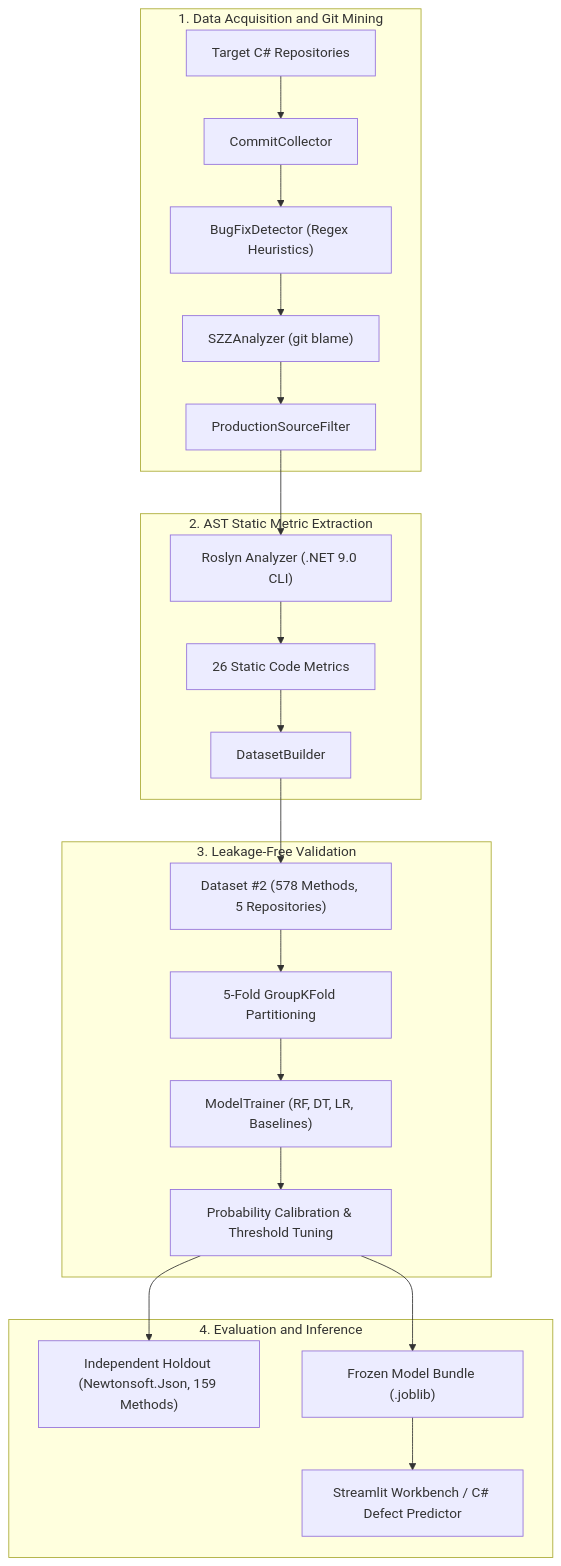
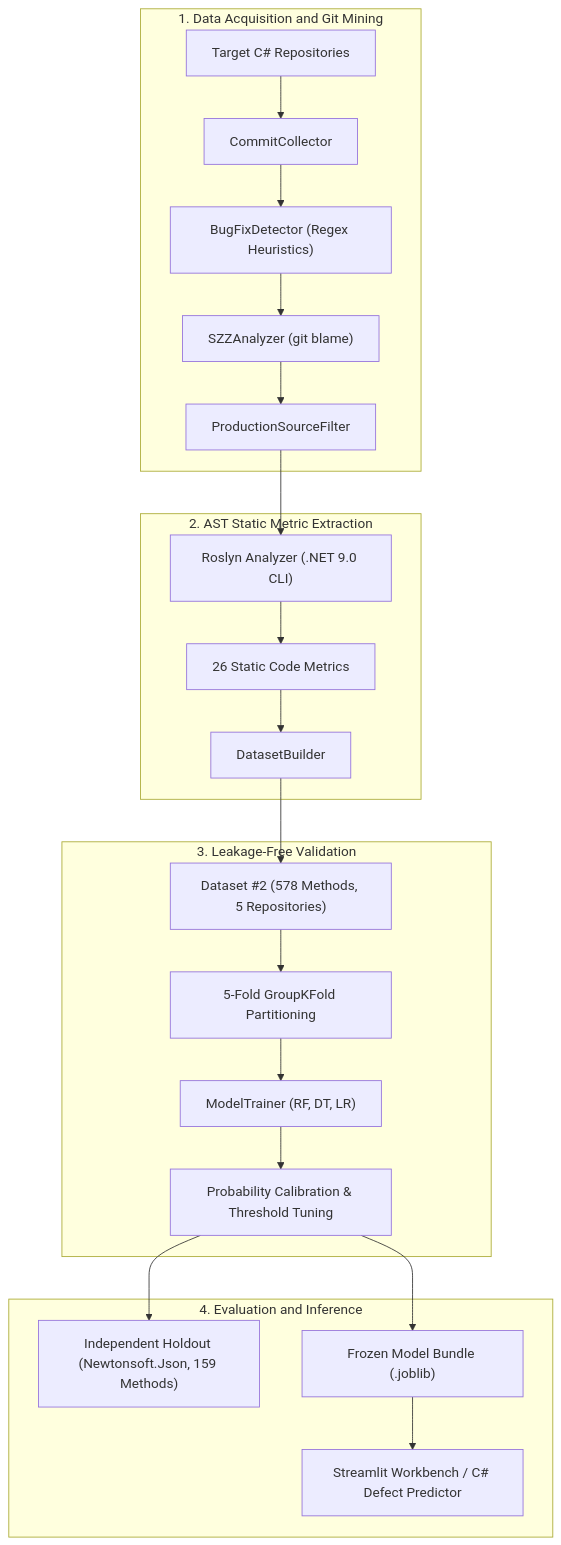
One commit to BogdanCTU/Applied-Computational-Intelligence-UBB changed the diagram in Year2_Semester1_ComputationalIntelligenceSoftwareEngineering/CISE_Project2/README.md. Above: the diagram before and after it, drawn with Mermaid. The commit also changed other lines of this file and 37 other files, not shown here.

````diff
--- a/Year2_Semester1_ComputationalIntelligenceSoftwareEngineering/CISE_Project2/README.md
+++ b/Year2_Semester1_ComputationalIntelligenceSoftwareEngineering/CISE_Project2/README.md
@@ -126,28 +126,28 @@
 ```mermaid
 flowchart TD
     subgraph S1["1. Data Acquisition and Git Mining"]
         A["Target C# Repositories"] --> B["CommitCollector"]
         B --> C["BugFixDetector (Regex Heuristics)"]
         C --> D["SZZAnalyzer (git blame)"]
         D --> E["ProductionSourceFilter"]
     end
 
     subgraph S2["2. AST Static Metric Extraction"]
         E --> F["Roslyn Analyzer (.NET 9.0 CLI)"]
         F --> G["26 Static Code Metrics"]
         G --> H["DatasetBuilder"]
     end
 
     subgraph S3["3. Leakage-Free Validation"]
         H --> I["Dataset #2 (578 Methods, 5 Repositories)"]
         I --> J["5-Fold GroupKFold Partitioning"]
-        J --> K["ModelTrainer (RF, DT, LR, Baselines)"]
+        J --> K["ModelTrainer (RF, DT, LR)"]
         K --> L["Probability Calibration & Threshold Tuning"]
     end
 
     subgraph S4["4. Evaluation and Inference"]
         L --> M["Independent Holdout (Newtonsoft.Json, 159 Methods)"]
         L --> N["Frozen Model Bundle (.joblib)"]
         N --> O["Streamlit Workbench / C# Defect Predictor"]
     end
 ```
````
